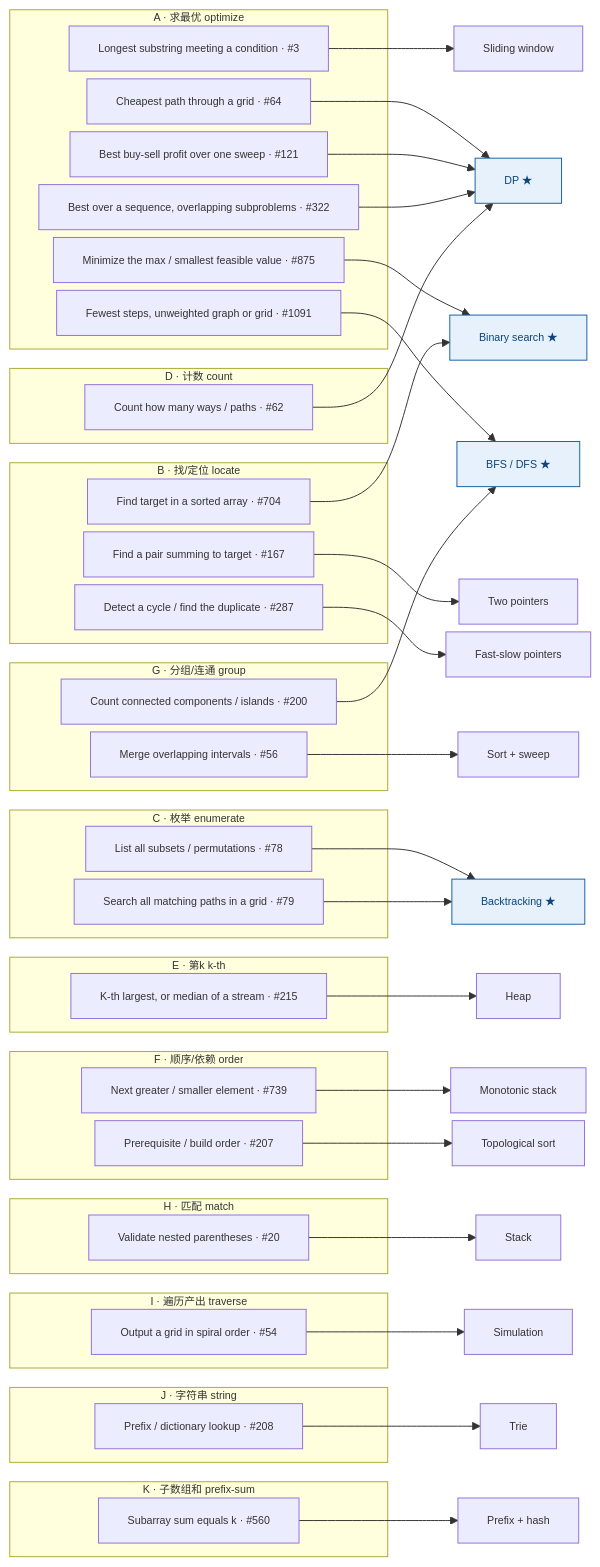
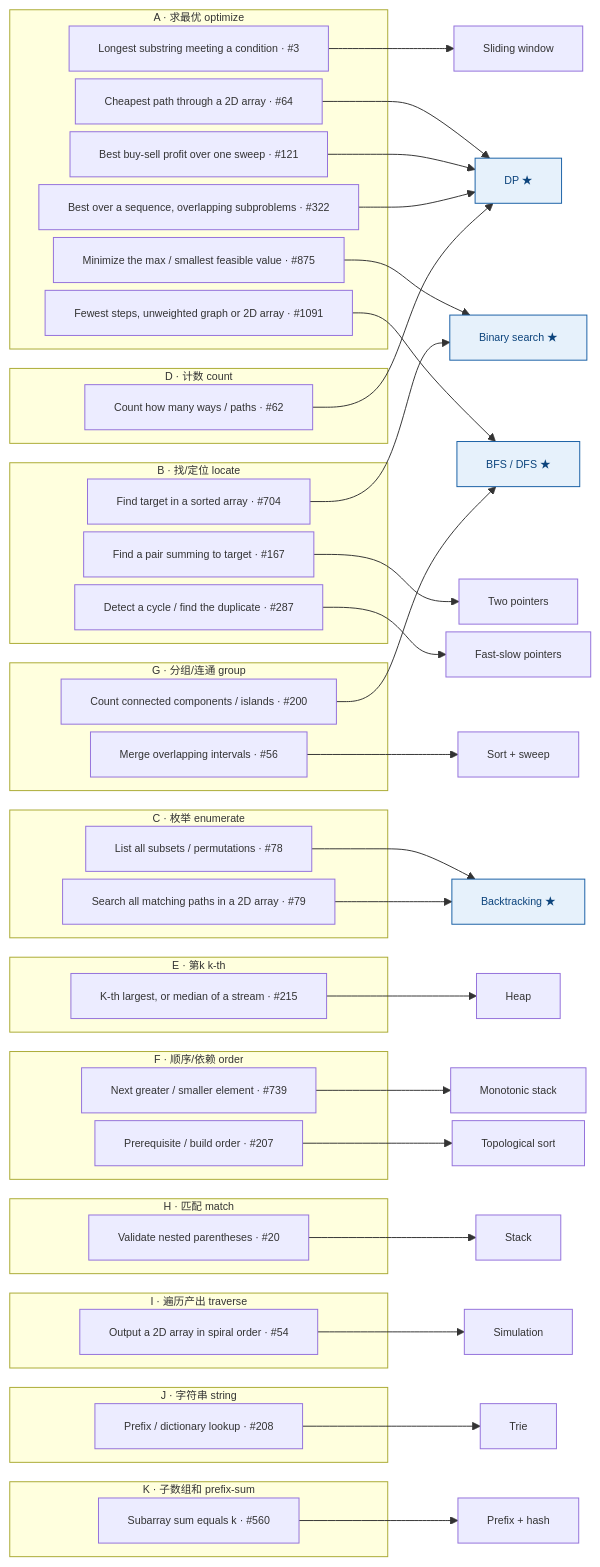
Before and after one commit to zhnzhang61/cs-resources: the diagram in lc-coverage-framework.md, drawn with Mermaid. The commit also changed other lines of this file, not shown here.

First line of the commit message:
Replace "grid" with "2D array" in §2 tables and diagram

````diff
--- a/lc-coverage-framework.md
+++ b/lc-coverage-framework.md
@@ -98,70 +98,70 @@
 ```mermaid
 %%{init: {'flowchart': {'nodeSpacing': 8, 'rankSpacing': 60, 'wrappingWidth': 420}, 'themeVariables': {'fontSize': '11px'}}}%%
 flowchart LR
   subgraph A["A · 求最优 optimize"]
     t1["Longest substring meeting a condition · #3"]
     t2["Minimize the max / smallest feasible value · #875"]
-    t3["Fewest steps, unweighted graph or grid · #1091"]
-    t4["Cheapest path through a grid · #64"]
+    t3["Fewest steps, unweighted graph or 2D array · #1091"]
+    t4["Cheapest path through a 2D array · #64"]
     t5["Best buy-sell profit over one sweep · #121"]
     t6["Best over a sequence, overlapping subproblems · #322"]
   end
   subgraph B["B · 找/定位 locate"]
     t7["Find target in a sorted array · #704"]
     t8["Find a pair summing to target · #167"]
     t9["Detect a cycle / find the duplicate · #287"]
   end
   subgraph C["C · 枚举 enumerate"]
     t10["List all subsets / permutations · #78"]
-    t11["Search all matching paths in a grid · #79"]
+    t11["Search all matching paths in a 2D array · #79"]
   end
   subgraph D["D · 计数 count"]
     t12["Count how many ways / paths · #62"]
   end
   subgraph E["E · 第k k-th"]
     t13["K-th largest, or median of a stream · #215"]
   end
   subgraph F["F · 顺序/依赖 order"]
     t14["Next greater / smaller element · #739"]
     t15["Prerequisite / build order · #207"]
   end
   subgraph G["G · 分组/连通 group"]
     t16["Count connected components / islands · #200"]
     t17["Merge overlapping intervals · #56"]
   end
   subgraph H["H · 匹配 match"]
     t18["Validate nested parentheses · #20"]
   end
   subgraph I["I · 遍历产出 traverse"]
-    t19["Output a grid in spiral order · #54"]
+    t19["Output a 2D array in spiral order · #54"]
   end
   subgraph J["J · 字符串 string"]
     t20["Prefix / dictionary lookup · #208"]
   end
   subgraph K["K · 子数组和 prefix-sum"]
     t21["Subarray sum equals k · #560"]
   end
   t1 --> aSW["Sliding window"]
   t2 --> aBS["Binary search ★"]
   t3 --> aBFS["BFS / DFS ★"]
   t4 --> aDP["DP ★"]
   t5 --> aDP
   t6 --> aDP
   t7 --> aBS
   t8 --> a2P["Two pointers"]
   t9 --> aFS["Fast-slow pointers"]
   t10 --> aBT["Backtracking ★"]
   t11 --> aBT
   t12 --> aDP
   t13 --> aHeap["Heap"]
   t14 --> aMS["Monotonic stack"]
   t15 --> aTopo["Topological sort"]
   t16 --> aBFS
   t17 --> aSweep["Sort + sweep"]
   t18 --> aStack["Stack"]
   t19 --> aSim["Simulation"]
   t20 --> aTrie["Trie"]
   t21 --> aPre["Prefix + hash"]
   classDef hub fill:#E6F1FB,stroke:#185FA5,color:#0C447C;
   class aBS,aBFS,aDP,aBT hub;
 ```
````
